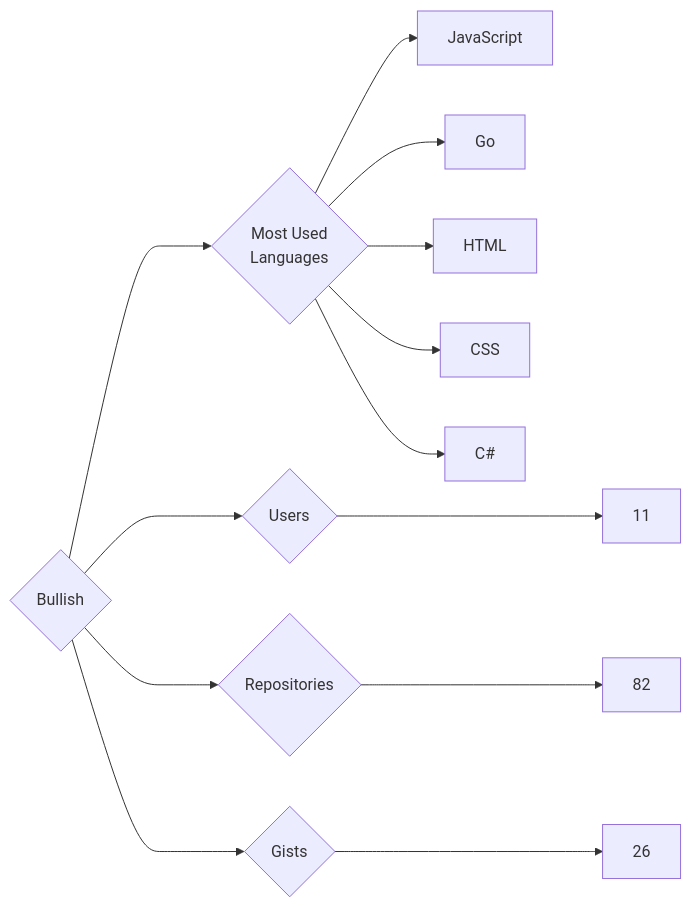
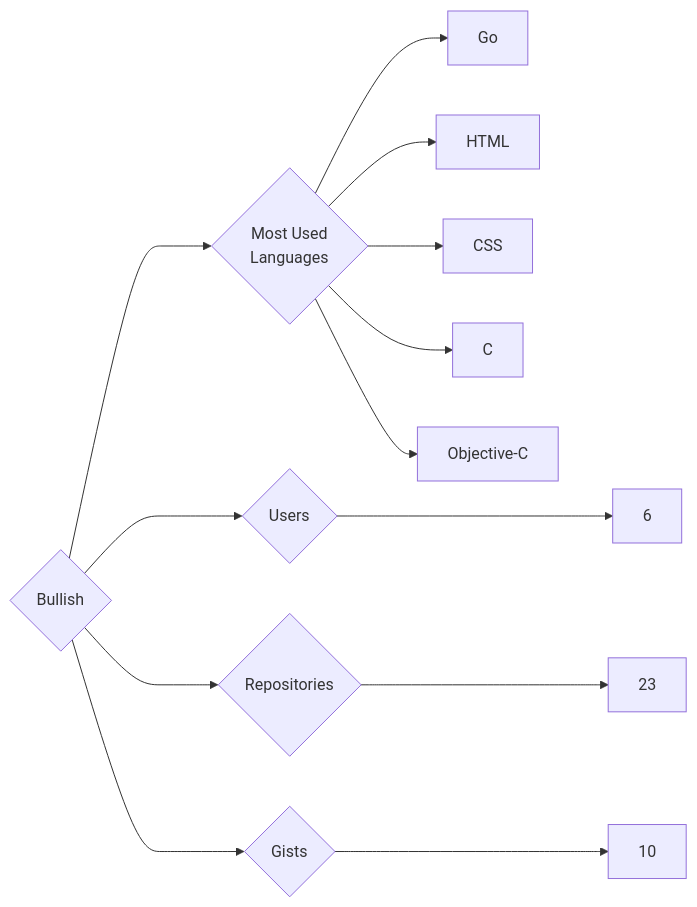
The diagram in targets/Bullish/README.md (trickest/insiders), drawn with Mermaid before and after one commit. The commit also changed 953 other files, not shown here.

````diff
--- a/targets/Bullish/README.md
+++ b/targets/Bullish/README.md
@@ -3,13 +3,13 @@
 ```mermaid
 graph LR
 COMPANY_NAME{Bullish}
-COMPANY_NAME ---> U{Users} ---> UN[11]
-COMPANY_NAME ---> R{Repositories} ---> RN[82]
-COMPANY_NAME ---> G{Gists} ---> GN[26]
+COMPANY_NAME ---> U{Users} ---> UN[6]
+COMPANY_NAME ---> R{Repositories} ---> RN[23]
+COMPANY_NAME ---> G{Gists} ---> GN[10]
 COMPANY_NAME ---> ML{Most Used<br>Languages}
-ML --> JavaScript[JavaScript]
 ML --> Go[Go]
 ML --> HTML[HTML]
 ML --> CSS[CSS]
-ML --> C#[C#]
+ML --> C[C]
+ML --> Objective-C[Objective-C]
 ```
````
